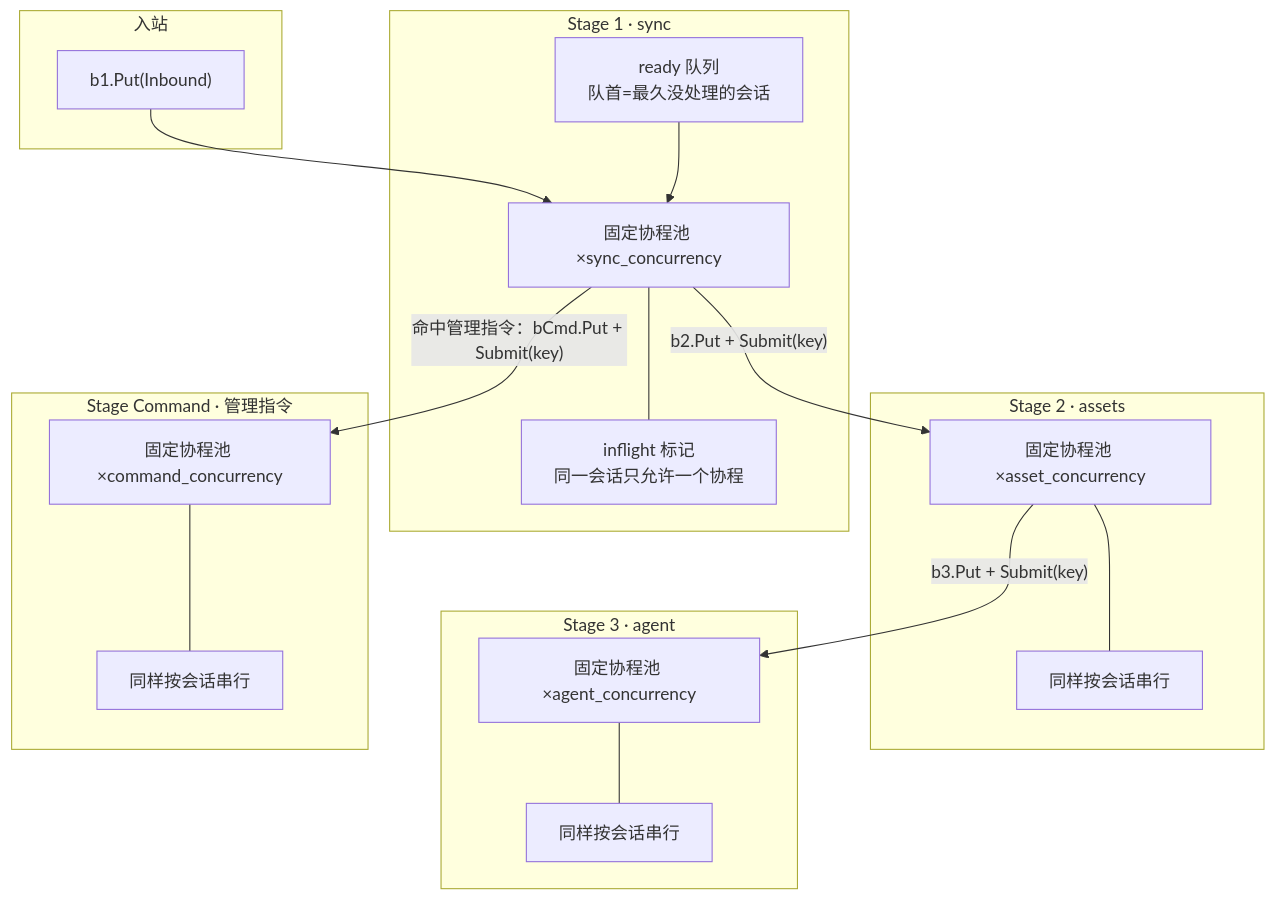
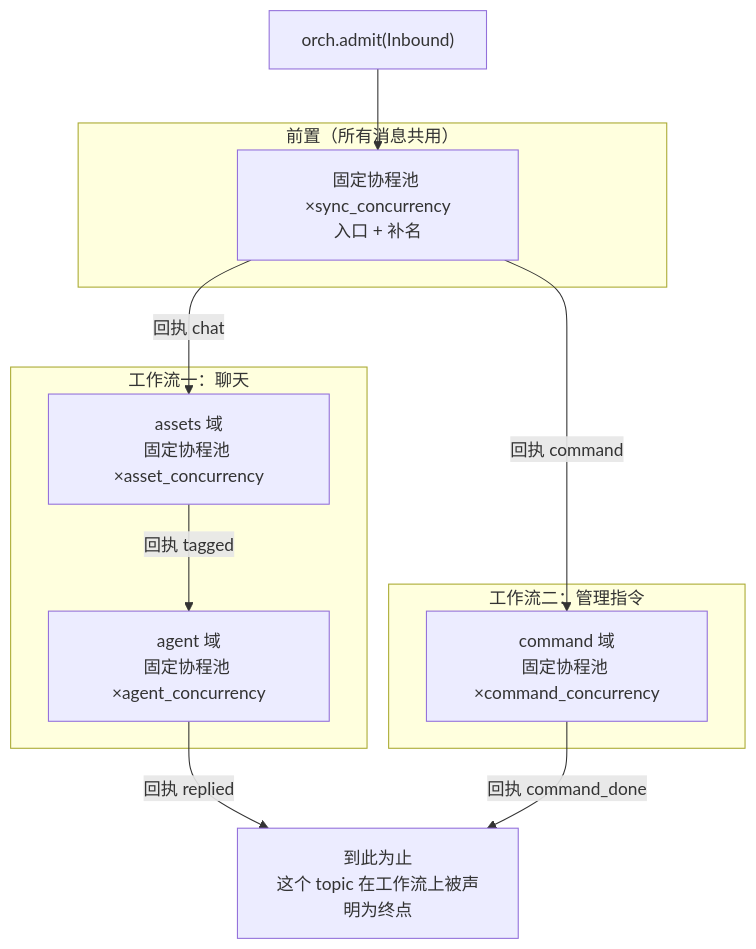
Before and after one commit to CanWeakerWriteStrongCode/good-review-master: the first of 2 diagrams in docs/domains/pipeline.md, drawn with Mermaid. The commit also changed other lines of this file and 32 other files, not shown here.

````diff
--- a/docs/domains/pipeline.md
+++ b/docs/domains/pipeline.md
@@ -46,32 +57,19 @@
 ```mermaid
 flowchart TB
-  subgraph 入站
-    IN["b1.Put(Inbound)"]
+  subgraph "前置（所有消息共用）"
+    R0["固定协程池 ×sync_concurrency<br/>入口 + 补名"]
   end
-  subgraph "Stage 1 · sync"
-    P1["固定协程池 ×sync_concurrency"]
-    R1["ready 队列<br/>队首=最久没处理的会话"]
-    K1["inflight 标记<br/>同一会话只允许一个协程"]
+  subgraph "工作流一：聊天"
+    P2["assets 域<br/>固定协程池 ×asset_concurrency"]
+    P3["agent 域<br/>固定协程池 ×agent_concurrency"]
   end
-  subgraph "Stage 2 · assets"
-    P2["固定协程池 ×asset_concurrency"]
-    K2["同样按会话串行"]
+  subgraph "工作流二：管理指令"
+    PC["command 域<br/>固定协程池 ×command_concurrency"]
   end
-  subgraph "Stage 3 · agent"
-    P3["固定协程池 ×agent_concurrency"]
-    K3["同样按会话串行"]
-  end
-  subgraph "Stage Command · 管理指令"
-    PC["固定协程池 ×command_concurrency"]
-    KC["同样按会话串行"]
-  end
-  IN --> P1
-  R1 --> P1
-  P1 --- K1
-  P1 -->|"命中管理指令：bCmd.Put + Submit(key)"| PC
-  PC --- KC
-  P1 -->|"b2.Put + Submit(key)"| P2
-  P2 --- K2
-  P2 -->|"b3.Put + Submit(key)"| P3
-  P3 --- K3
+  IN["orch.admit(Inbound)"] --> R0
+  R0 -->|"回执 chat"| P2
+  R0 -->|"回执 command"| PC
+  P2 -->|"回执 tagged"| P3
+  P3 -->|"回执 replied"| EX["到此为止<br/>这个 topic 在工作流上被声明为终点"]
+  PC -->|"回执 command_done"| EX
 ```
````
